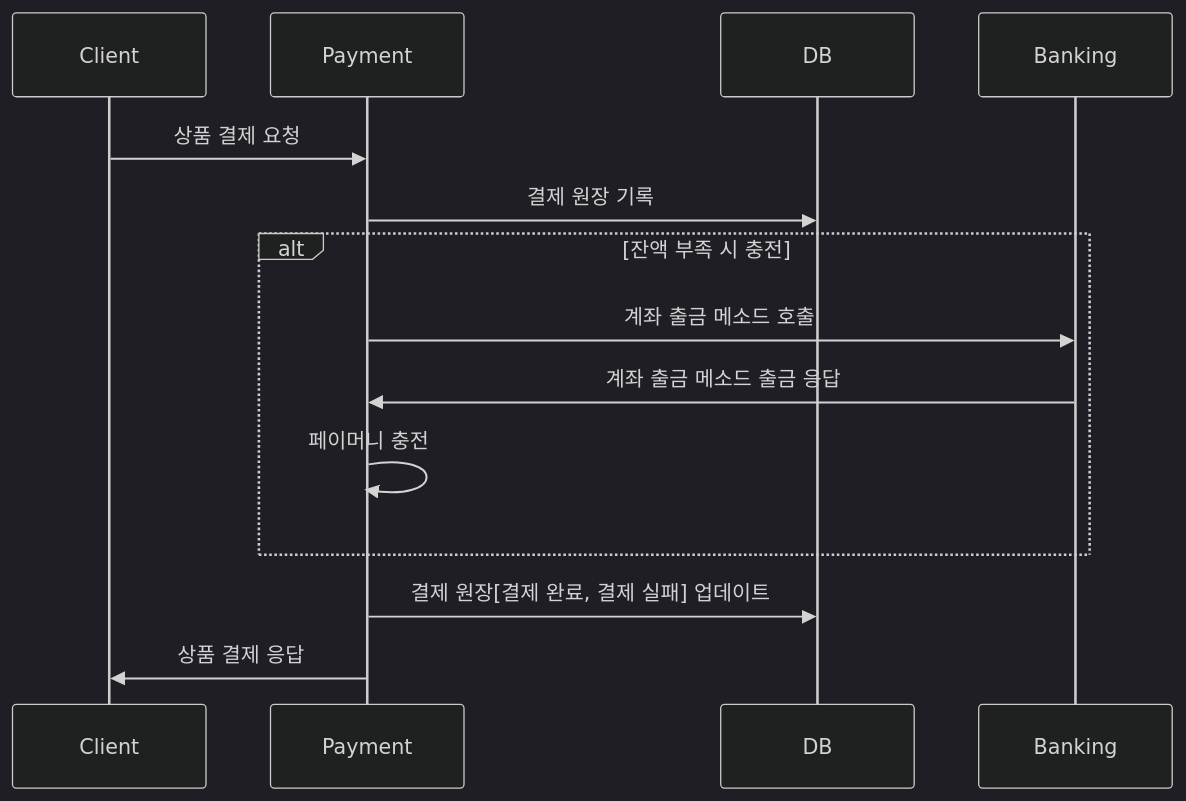
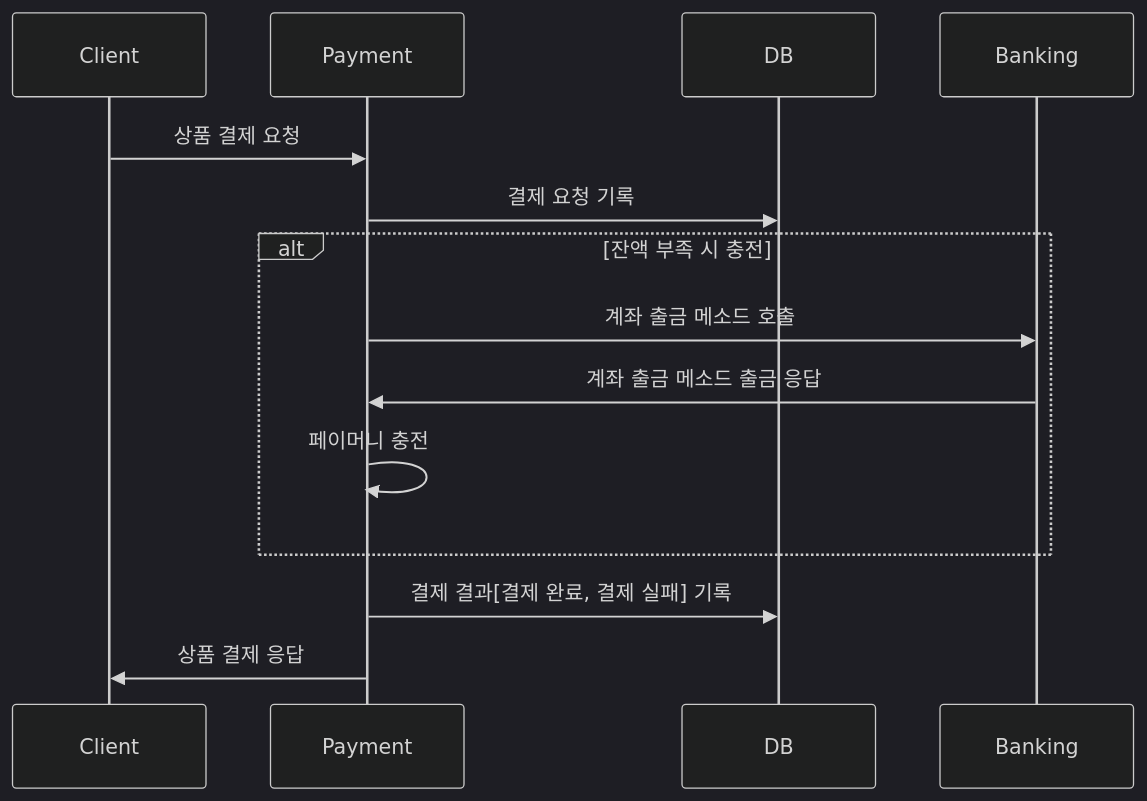
One commit to sungjunjin/til changed the third of 7 diagrams in project/project_api.md. Above: the diagram before and after it, drawn with Mermaid (dark theme).

Commit message:
fix: 결제 api 수정

````diff
--- a/project/project_api.md
+++ b/project/project_api.md
@@ -543,14 +543,14 @@
         ```mermaid
         sequenceDiagram
             Client ->> Payment : 상품 결제 요청
-            Payment ->> DB : 결제 원장 기록
+            Payment ->> DB : 결제 요청 기록
         
             alt 잔액 부족 시 충전
                 Payment ->> Banking : 계좌 출금 메소드 호출
                 Banking ->> Payment : 계좌 출금 메소드 출금 응답
                 Payment ->> Payment : 페이머니 충전
             end
             
-            Payment ->> DB : 결제 원장[결제 완료, 결제 실패] 업데이트
+            Payment ->> DB : 결제 결과[결제 완료, 결제 실패] 기록
             Payment ->> Client : 상품 결제 응답
         ```
````
